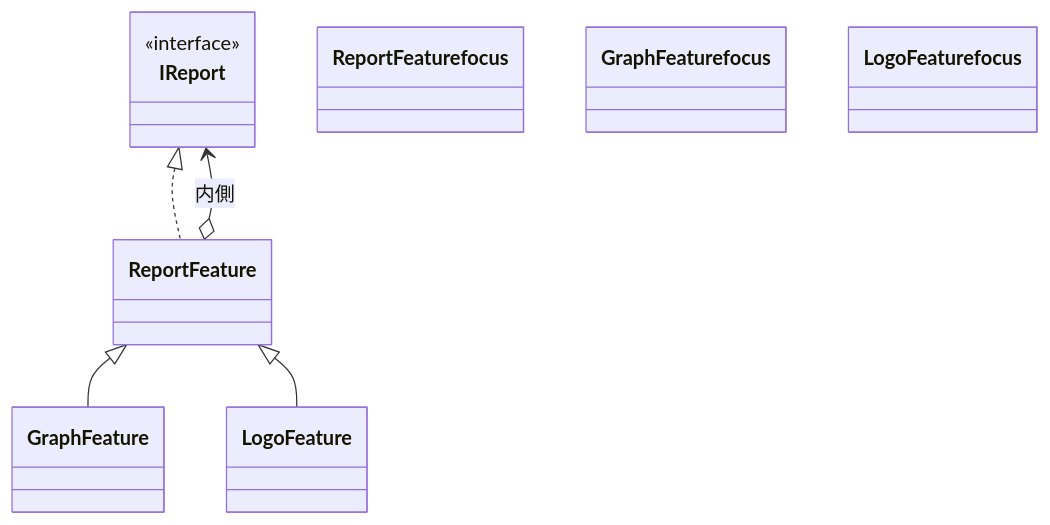
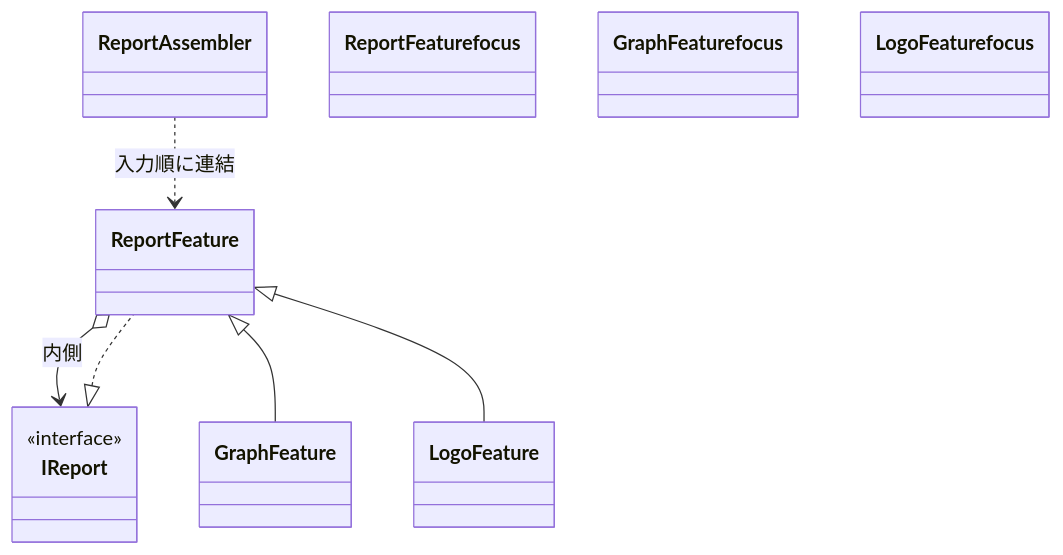
Before and after one commit to kumachan1101-pixel/DesignPattern: the seventh of 18 diagrams in kindle/design-patterns/output/chapter11.md, drawn with Mermaid. The commit also changed other lines of this file and 26 other files, not shown here.

````diff
--- a/kindle/design-patterns/output/chapter11.md
+++ b/kindle/design-patterns/output/chapter11.md
@@ -1187,15 +1241,17 @@
 ```mermaid
 classDiagram
+    class ReportAssembler
     class IReport { <<interface>> }
     class ReportFeature
     class GraphFeature
     class LogoFeature
+    ReportAssembler ..> ReportFeature : 入力順に連結
     IReport <|.. ReportFeature
     ReportFeature o--> IReport : 内側
     ReportFeature <|-- GraphFeature
     ReportFeature <|-- LogoFeature
     class ReportFeature focus
     class GraphFeature focus
     class LogoFeature focus
     classDef focus fill:#FFF2CC,stroke:#D6B656,stroke-width:2px
 ```
````
